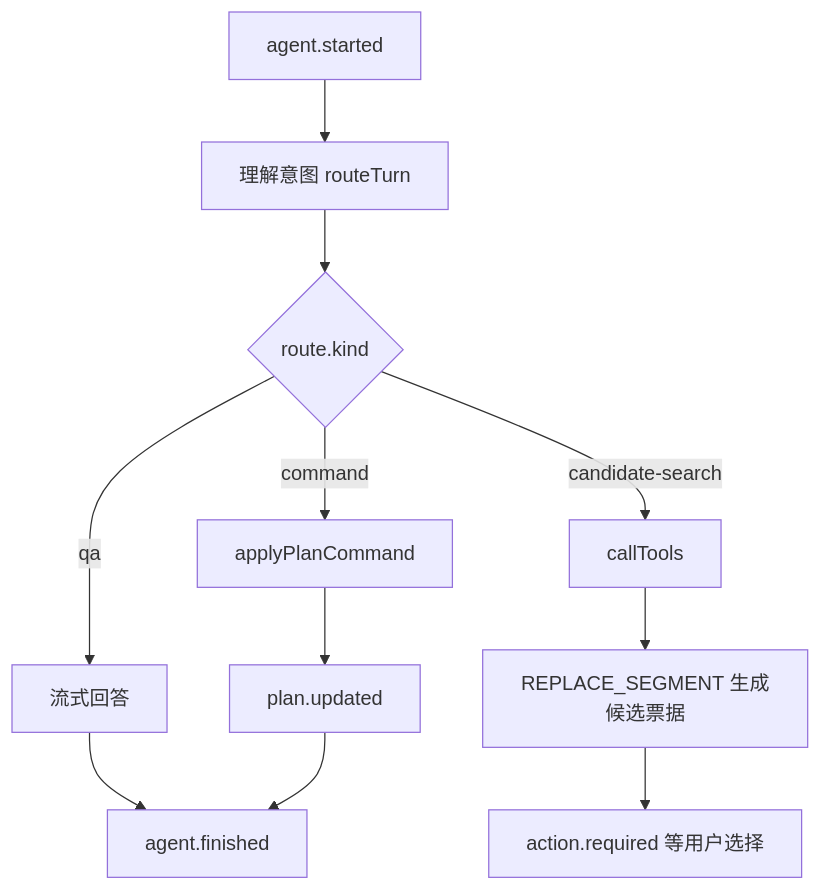
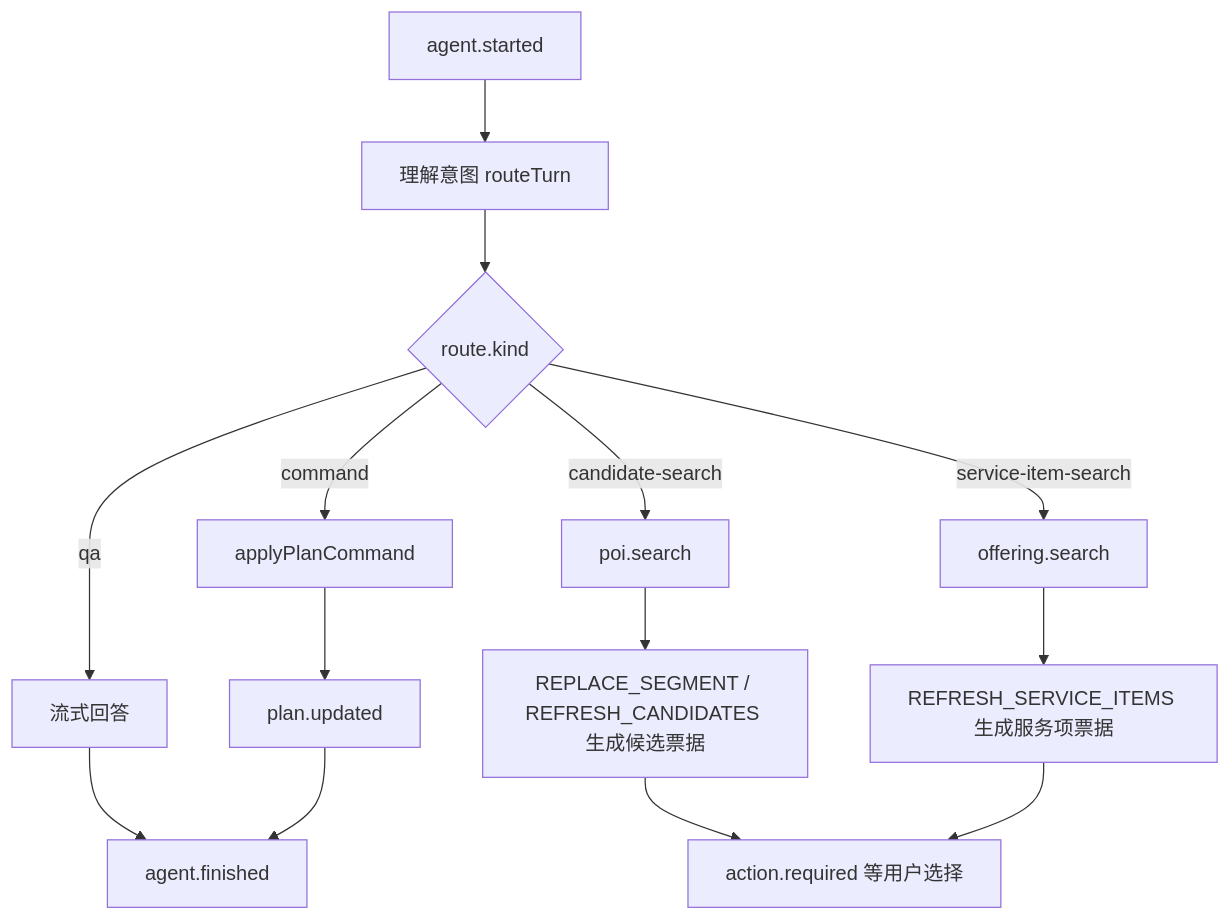
Before and after one commit to zenojor/plan-pal-agentic: the fourth of 7 diagrams in docs/agent-flow.md, drawn with Mermaid. The commit also changed other lines of this file and 40 other files, not shown here.

Commit message:
feat: 重写界面，新增POI商品，优化交互体验，扩展意图识别

````diff
--- a/docs/agent-flow.md
+++ b/docs/agent-flow.md
@@ -182,13 +194,16 @@
 ```mermaid
 flowchart TD
   Start["agent.started"] --> Route["理解意图 routeTurn"]
   Route --> Kind{"route.kind"}
   Kind -->|"qa"| Answer["流式回答"]
   Kind -->|"command"| Apply["applyPlanCommand"]
-  Kind -->|"candidate-search"| CallTool["callTools"]
-  CallTool --> Propose["REPLACE_SEGMENT 生成候选票据"]
+  Kind -->|"candidate-search"| CallTool["poi.search"]
+  Kind -->|"service-item-search"| OfferingTool["offering.search"]
+  CallTool --> Propose["REPLACE_SEGMENT / REFRESH_CANDIDATES 生成候选票据"]
+  OfferingTool --> ServicePropose["REFRESH_SERVICE_ITEMS 生成服务项票据"]
   Propose --> Interrupt["action.required 等用户选择"]
+  ServicePropose --> Interrupt
   Apply --> Updated["plan.updated"]
   Answer --> Finished["agent.finished"]
   Updated --> Finished
 ```
````
